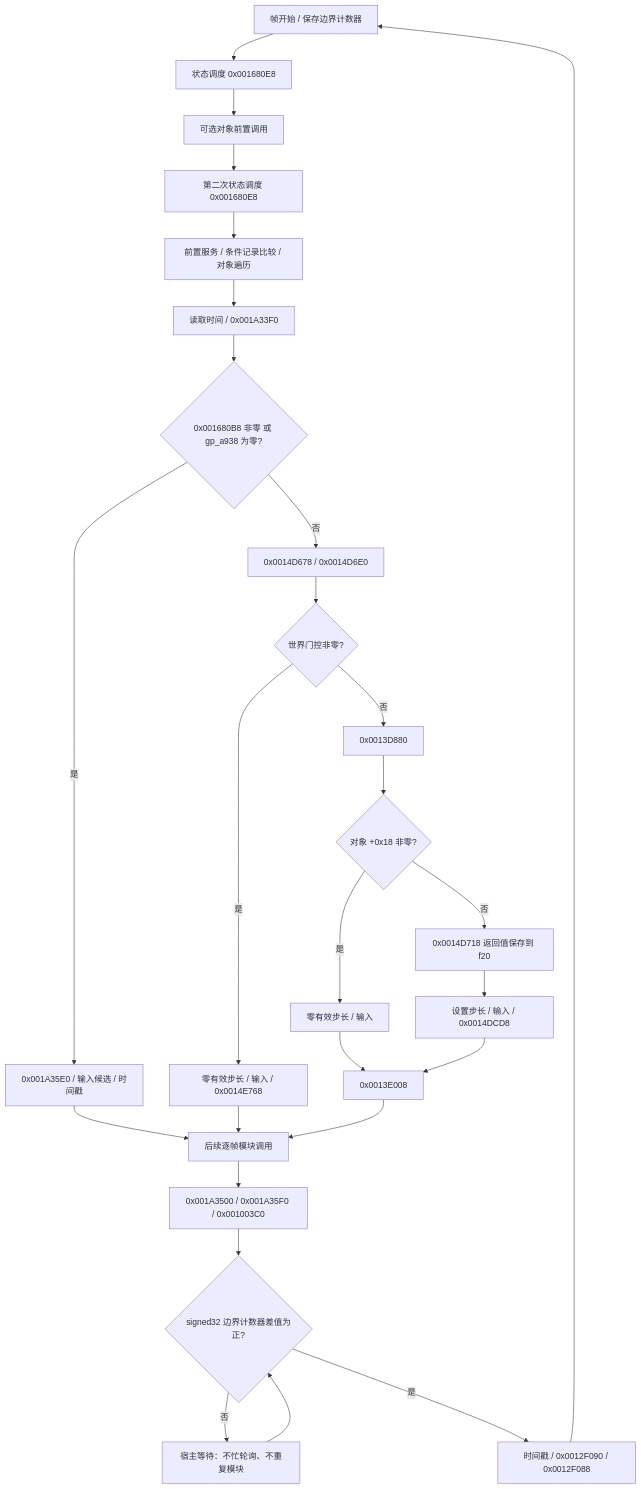
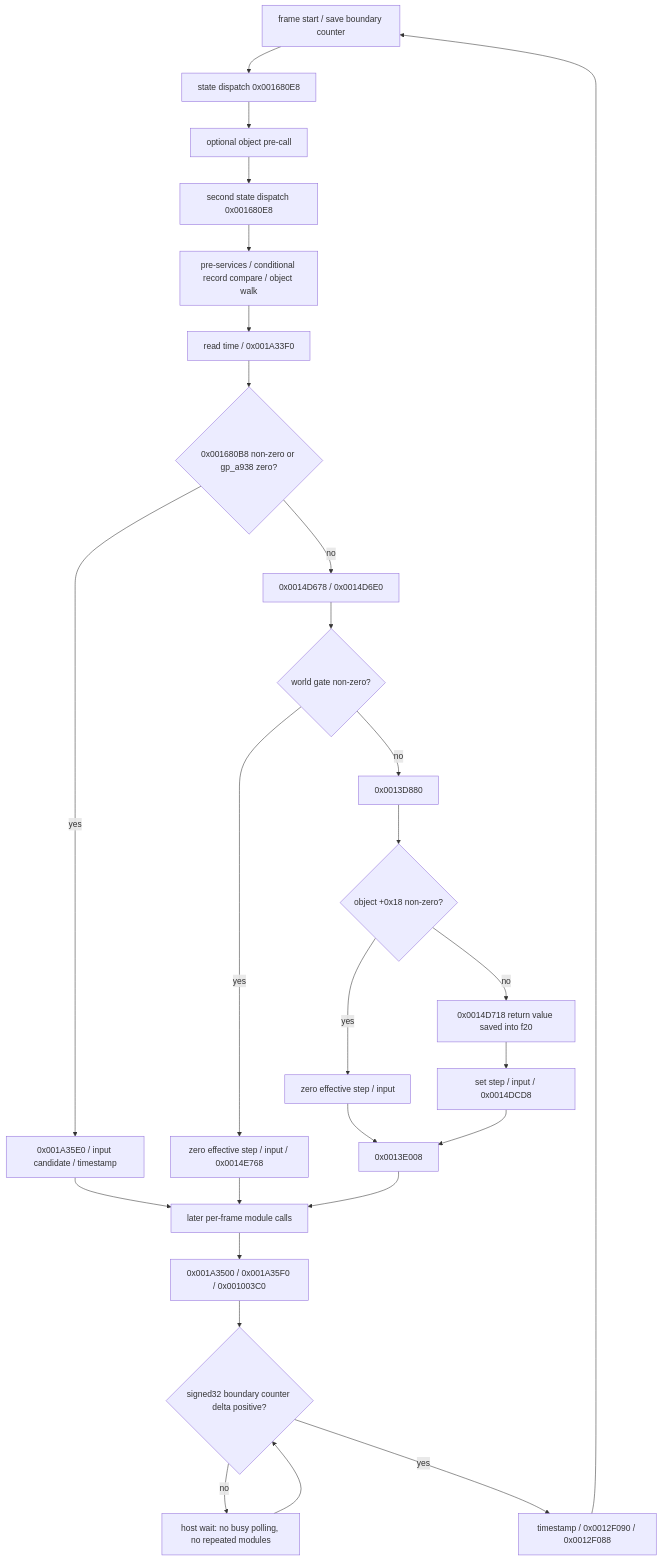
Before and after one commit to gta191977649/hp2_godot: the second of 3 diagrams in docs/MAIN_LOOP_STRUCTURE.md, drawn with Mermaid. The commit also changed other lines of this file and 21 other files, not shown here.

````diff
--- a/docs/MAIN_LOOP_STRUCTURE.md
+++ b/docs/MAIN_LOOP_STRUCTURE.md
@@ -31,29 +42,29 @@
 ```mermaid
 flowchart TD
-    A[帧开始 / 保存边界计数器] --> B[状态调度 0x001680E8]
-    B --> C[可选对象前置调用]
-    C --> D[第二次状态调度 0x001680E8]
-    D --> E[前置服务 / 条件记录比较 / 对象遍历]
-    E --> F[读取时间 / 0x001A33F0]
-    F --> G{0x001680B8 非零 或 gp_a938 为零?}
-    G -->|是| H[0x001A35E0 / 输入候选 / 时间戳]
-    G -->|否| I[0x0014D678 / 0x0014D6E0]
-    I --> J{世界门控非零?}
-    J -->|是| K[零有效步长 / 输入 / 0x0014E768]
-    J -->|否| L[0x0013D880]
-    L --> M{对象 +0x18 非零?}
-    M -->|是| N[零有效步长 / 输入]
-    M -->|否| O[0x0014D718 返回值保存到 f20]
-    O --> P[设置步长 / 输入 / 0x0014DCD8]
+    A[frame start / save boundary counter] --> B[state dispatch 0x001680E8]
+    B --> C[optional object pre-call]
+    C --> D[second state dispatch 0x001680E8]
+    D --> E[pre-services / conditional record compare / object walk]
+    E --> F[read time / 0x001A33F0]
+    F --> G{0x001680B8 non-zero or gp_a938 zero?}
+    G -->|yes| H[0x001A35E0 / input candidate / timestamp]
+    G -->|no| I[0x0014D678 / 0x0014D6E0]
+    I --> J{world gate non-zero?}
+    J -->|yes| K[zero effective step / input / 0x0014E768]
+    J -->|no| L[0x0013D880]
+    L --> M{object +0x18 non-zero?}
+    M -->|yes| N[zero effective step / input]
+    M -->|no| O[0x0014D718 return value saved into f20]
+    O --> P[set step / input / 0x0014DCD8]
     N --> Q[0x0013E008]
     P --> Q
-    H --> R[后续逐帧模块调用]
+    H --> R[later per-frame module calls]
     K --> R
     Q --> R
     R --> S[0x001A3500 / 0x001A35F0 / 0x001003C0]
-    S --> T{signed32 边界计数器差值为正?}
-    T -->|否| U[宿主等待：不忙轮询、不重复模块]
+    S --> T{signed32 boundary counter delta positive?}
+    T -->|no| U[host wait: no busy polling, no repeated modules]
     U --> T
-    T -->|是| V[时间戳 / 0x0012F090 / 0x0012F088]
+    T -->|yes| V[timestamp / 0x0012F090 / 0x0012F088]
     V --> A
 ```
````
